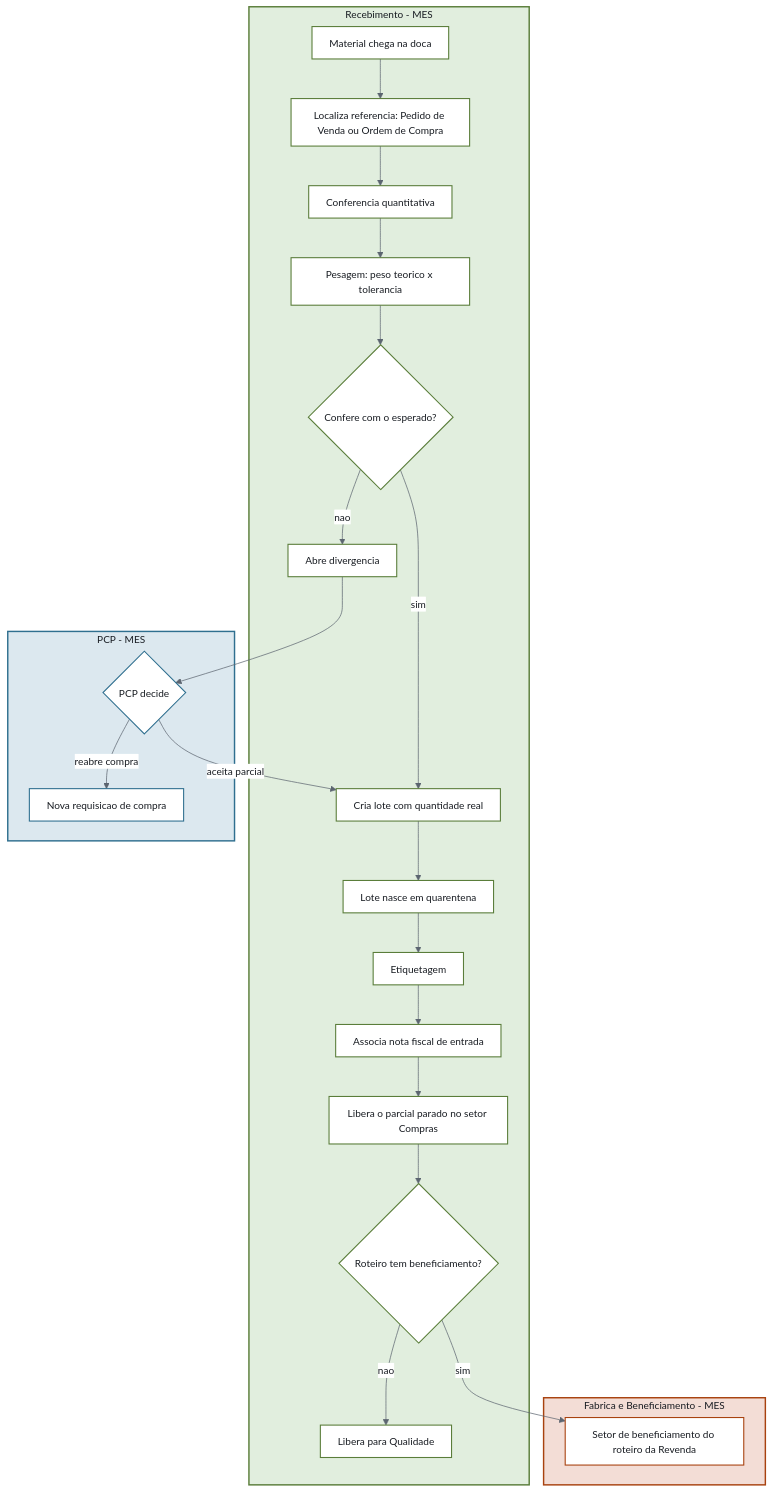
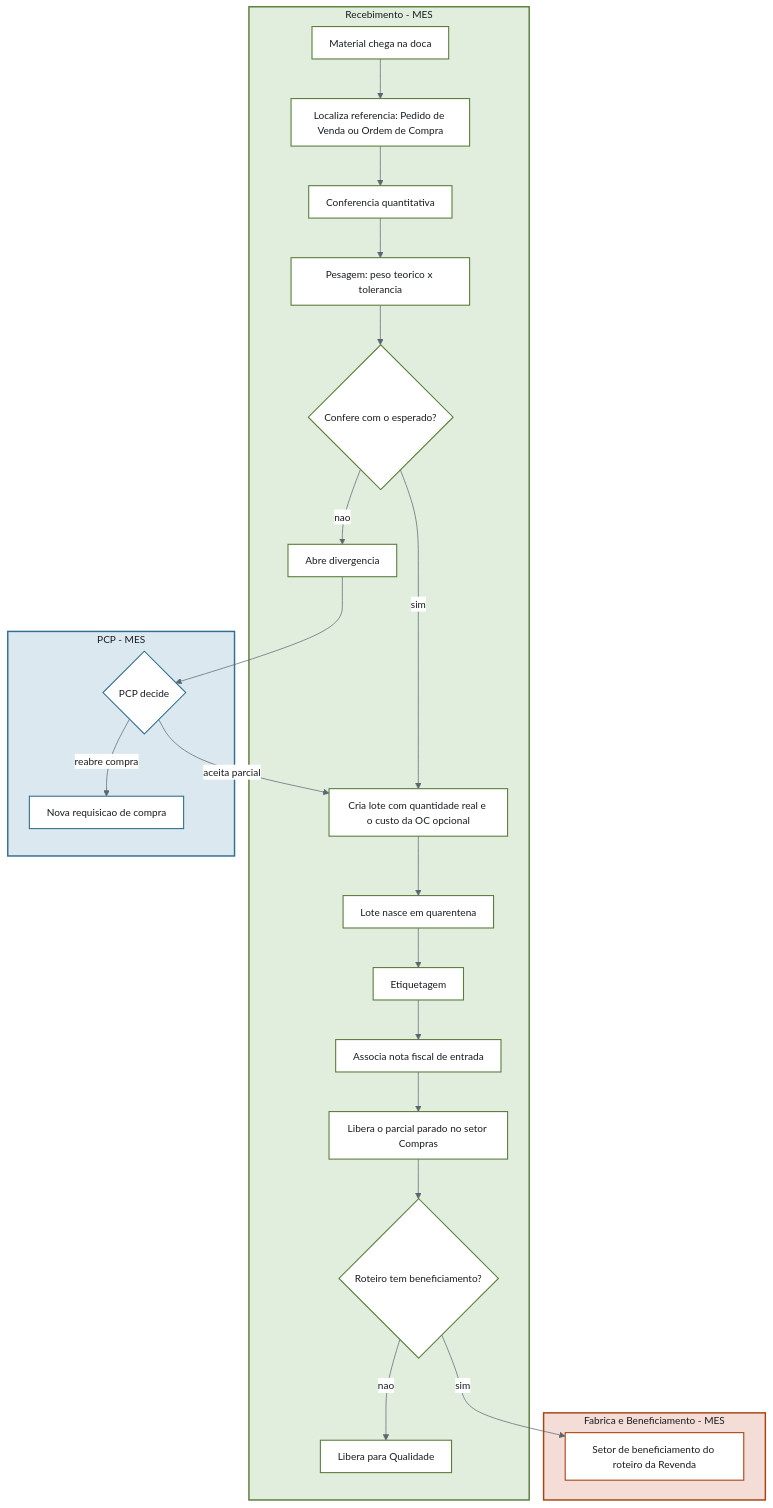
The third of 6 diagrams in 01-Fluxo-Operacional/Fluxogramas-Completos.md (Acosvital/vault-avhub-mer), drawn with Mermaid before and after one commit. The commit also changed other lines of this file and 7 other files, not shown here.

First line of the commit message:
docs(vault): custo do lote nos fluxogramas, fluxos de Compras/Recebimento/Estoque, UML e Rota-Revenda

````diff
--- a/01-Fluxo-Operacional/Fluxogramas-Completos.md
+++ b/01-Fluxo-Operacional/Fluxogramas-Completos.md
@@ -291,59 +293,59 @@
 ```mermaid
 %%{init: {'theme': 'base', 'themeVariables': {'primaryColor': '#ffffff', 'primaryTextColor': '#181c22', 'primaryBorderColor': '#33475a', 'lineColor': '#5c6570', 'fontFamily': 'Source Sans 3, sans-serif', 'fontSize': '14px', 'edgeLabelBackground': '#ffffff', 'textColor': '#181c22'}, 'flowchart': {'nodeSpacing': 40, 'rankSpacing': 55, 'padding': 12}}}%%
 flowchart TD
     subgraph SEC_RECEB[Recebimento - MES]
         A[Material chega na doca]
         B[Localiza referencia: Pedido de Venda ou Ordem de Compra]
         C[Conferencia quantitativa]
         D[Pesagem: peso teorico x tolerancia]
         E{Confere com o esperado?}
         F[Abre divergencia]
-        H[Cria lote com quantidade real]
+        H[Cria lote com quantidade real e o custo da OC opcional]
         J[Lote nasce em quarentena]
         K[Etiquetagem]
         L[Associa nota fiscal de entrada]
         S[Libera o parcial parado no setor Compras]
         M{Roteiro tem beneficiamento?}
         N[Libera para Qualidade]
         A --> B --> C --> D --> E
         E -->|nao| F
         E -->|sim| H
         H --> J --> K --> L --> S --> M
         M -->|nao| N
     end
 
     subgraph SEC_PROD[Fabrica e Beneficiamento - MES]
         O[Setor de beneficiamento do roteiro da Revenda]
     end
 
     subgraph SEC_PCP[PCP - MES]
         Gd{PCP decide}
         I[Nova requisicao de compra]
     end
 
     F --> Gd
     Gd -->|aceita parcial| H
     Gd -->|reabre compra| I
     M -->|sim| O
 
     style SEC_RECEB fill:#e1eede,stroke:#5a7d3a,stroke-width:2px,color:#181c22
     style SEC_PROD fill:#f3ddd6,stroke:#a8420f,stroke-width:2px,color:#181c22
     style SEC_PCP fill:#dce8ef,stroke:#2f6f8f,stroke-width:2px,color:#181c22
 
     style A fill:#ffffff,stroke:#5a7d3a,stroke-width:1.5px,color:#181c22
     style B fill:#ffffff,stroke:#5a7d3a,stroke-width:1.5px,color:#181c22
     style C fill:#ffffff,stroke:#5a7d3a,stroke-width:1.5px,color:#181c22
     style D fill:#ffffff,stroke:#5a7d3a,stroke-width:1.5px,color:#181c22
     style E fill:#ffffff,stroke:#5a7d3a,stroke-width:1.5px,color:#181c22
     style F fill:#ffffff,stroke:#5a7d3a,stroke-width:1.5px,color:#181c22
     style H fill:#ffffff,stroke:#5a7d3a,stroke-width:1.5px,color:#181c22
     style J fill:#ffffff,stroke:#5a7d3a,stroke-width:1.5px,color:#181c22
     style K fill:#ffffff,stroke:#5a7d3a,stroke-width:1.5px,color:#181c22
     style L fill:#ffffff,stroke:#5a7d3a,stroke-width:1.5px,color:#181c22
     style S fill:#ffffff,stroke:#5a7d3a,stroke-width:1.5px,color:#181c22
     style M fill:#ffffff,stroke:#5a7d3a,stroke-width:1.5px,color:#181c22
     style N fill:#ffffff,stroke:#5a7d3a,stroke-width:1.5px,color:#181c22
     style O fill:#ffffff,stroke:#a8420f,stroke-width:1.5px,color:#181c22
     style Gd fill:#ffffff,stroke:#2f6f8f,stroke-width:1.5px,color:#181c22
     style I fill:#ffffff,stroke:#2f6f8f,stroke-width:1.5px,color:#181c22
 ```
````
